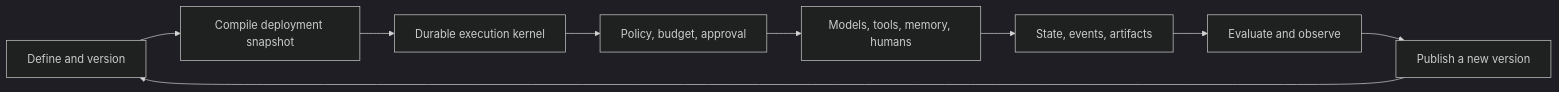
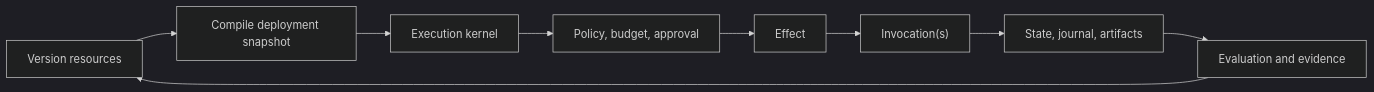
Before and after one commit to thaithienvanid/agentic-reference-architecture: the diagram in index.mdx, drawn with Mermaid (dark theme). The commit also changed other lines of this file and 17 other files, not shown here.

````diff
--- a/index.mdx
+++ b/index.mdx
@@ -12,11 +42,11 @@
 ```mermaid
 flowchart LR
-    Define["Define and version"] --> Deploy["Compile deployment snapshot"]
-    Deploy --> Execute["Durable execution kernel"]
-    Execute --> Control["Policy, budget, approval"]
-    Control --> Effects["Models, tools, memory, humans"]
-    Effects --> Record["State, events, artifacts"]
-    Record --> Evaluate["Evaluate and observe"]
-    Evaluate --> Improve["Publish a new version"]
-    Improve --> Define
+    Define["Version resources"] --> Deploy["Compile deployment snapshot"]
+    Deploy --> Kernel["Execution kernel"]
+    Kernel --> Control["Policy, budget, approval"]
+    Control --> Effect["Effect"]
+    Effect --> Invoke["Invocation(s)"]
+    Invoke --> Record["State, journal, artifacts"]
+    Record --> Evaluate["Evaluation and evidence"]
+    Evaluate --> Define
 ```
````
